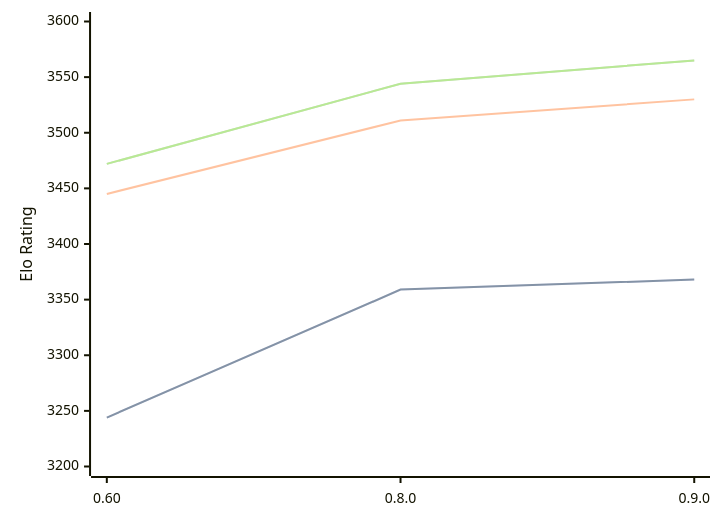
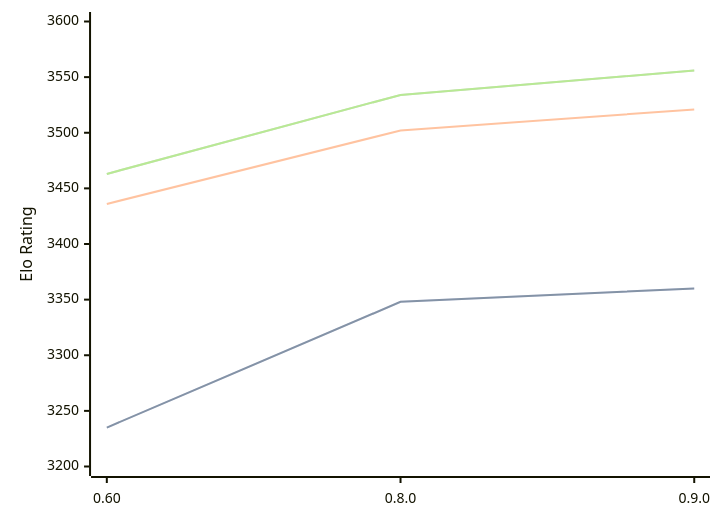
One commit to computer-chess-index/cci changed the diagram in engines/Motor.md. Above: the diagram before and after it, drawn with Mermaid. The commit also changed other lines of this file, not shown here.

Commit message:
Update CCI Ratings (ELO VLTC) - 2026-03-19

````diff
--- a/engines/Motor.md
+++ b/engines/Motor.md
@@ -37,11 +37,11 @@
 ```mermaid
 %%{init: {"theme":"base","themeVariables":{"seriesColors:['#a3a3a3','#222221','#faa371']}}}%%
 xychart-beta
   x-axis ["0.60", "0.8.0", "0.9.0"]
   y-axis "Elo Rating" 3200 --> 3600
-  line "STC (8.0+0.08s)" [3244, 3359, 3368]
-  line "STC (8.0+0.08s)" [3244, 3359, 3368]
-  line "LTC (60.0+0.60s)" [3445, 3511, 3530]
-  line "VLTC (2m24s+1.12s)" [3472, 3544, 3565]
-  line "VLTC (2m24s+1.12s)" [3472, 3544, 3565]
+  line "STC (8.0+0.08s)" [3235, 3348, 3360]
+  line "STC (8.0+0.08s)" [3235, 3348, 3360]
+  line "LTC (60.0+0.60s)" [3436, 3502, 3521]
+  line "VLTC (2m24s+1.12s)" [3463, 3534, 3556]
+  line "VLTC (2m24s+1.12s)" [3463, 3534, 3556]
 ```
````
